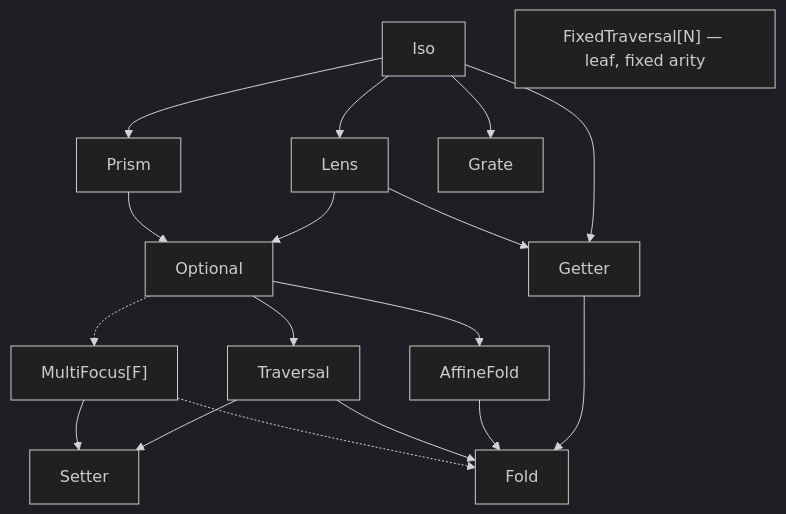
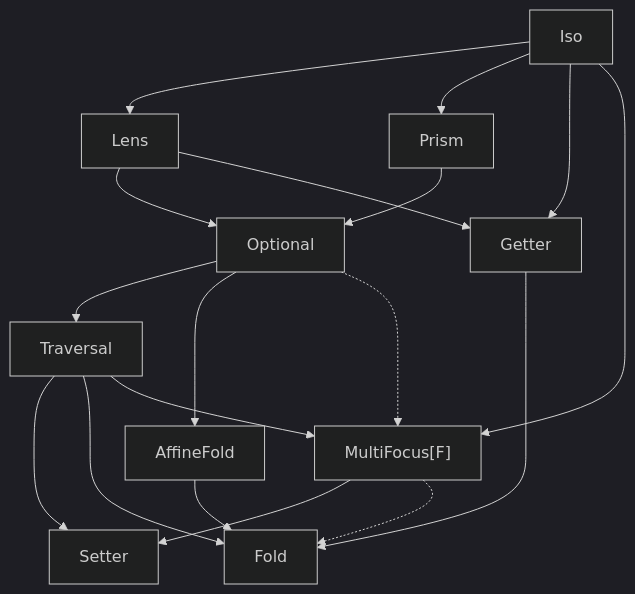
The diagram in site/docs/optics.md (Constructive-Programming/eo), drawn with Mermaid (dark theme) before and after one commit. The commit also changed other lines of this file and 5 other files, not shown here.

````diff
--- a/site/docs/optics.md
+++ b/site/docs/optics.md
@@ -20,53 +20,50 @@
 ```mermaid
 flowchart TD
   %% Read-write spine — Iso ⊏ {Lens, Prism} ⊏ Optional ⊏ Traversal ⊏ Setter.
   %% Each downward edge is a native specialisation; composing two adjacent
   %% families lands at the lower node by following both arrows down.
   Iso --> Lens
   Iso --> Prism
   Lens --> Optional
   Prism --> Optional
   Optional --> Traversal
   Traversal --> Setter
 
   %% Read-only branch — drops the write side (T = Unit). Every read-write
   %% family has a read-only counterpart that fans into Fold.
   Iso --> Getter
   Lens --> Getter
   Optional --> AffineFold
   Getter --> Fold
   AffineFold --> Fold
   Traversal --> Fold
 
-  %% eo-only families that don't fit the classical lattice.
-  %% Iso → Grate is the only natural inbound edge to Grate
-  %% (gap analysis §0.3).
-  Iso --> Grate
-
-  %% MultiFocus[F] is a composition sink: inbound bridges from the
-  %% classical families exist (and one outbound to Setter via
-  %% multifocus2setter), but every other outbound is by design U.
+  %% MultiFocus[F] is a composition sink with five sub-shapes
+  %% selected by F: AlgLens (F: Functor / Foldable / Traverse),
+  %% Kaleidoscope (F: Apply aggregates), Grate (F = Function1[X0, *]),
+  %% PowerSeries (F = PSVec, the Traversal.each carrier), and
+  %% FixedTraversal[N] (F = Function1[Int, *] for the .{two,three,four}
+  %% factories). Inbound bridges from every classical family land
+  %% here; the only outbound is to Setter via multifocus2setter.
   %% Dotted edges mark *degraded* conversions where the result loses
   %% information the original carrier carried.
-  Optional -.-> MultiFocus["MultiFocus[F]"]
+  Iso --> MultiFocus["MultiFocus[F]"]
+  Optional -.-> MultiFocus
   MultiFocus --> Setter
   MultiFocus -.-> Fold
 
-  %% FixedTraversal[N] sits beside Traversal, not below: same rebuild
-  %% semantics, fixed arity, but no Composer in or out
-  %% (composition-terminal leaf).
-  FixedTraversal["FixedTraversal[N] — leaf, fixed arity"]
+  %% Traversal.each is the F = PSVec sub-shape of MultiFocus[F]; drawn
+  %% as Traversal in the lattice for legibility.
+  Traversal --> MultiFocus
 
   click Iso "#iso"
   click Lens "#lens"
   click Prism "#prism"
   click Optional "#optional"
   click Traversal "#traversal"
   click Setter "#setter"
   click Getter "#getter"
   click AffineFold "#affinefold"
   click Fold "#fold"
-  click Grate "#grate"
   click MultiFocus "#multifocus"
-  click FixedTraversal "#traversal"
 ```
````
